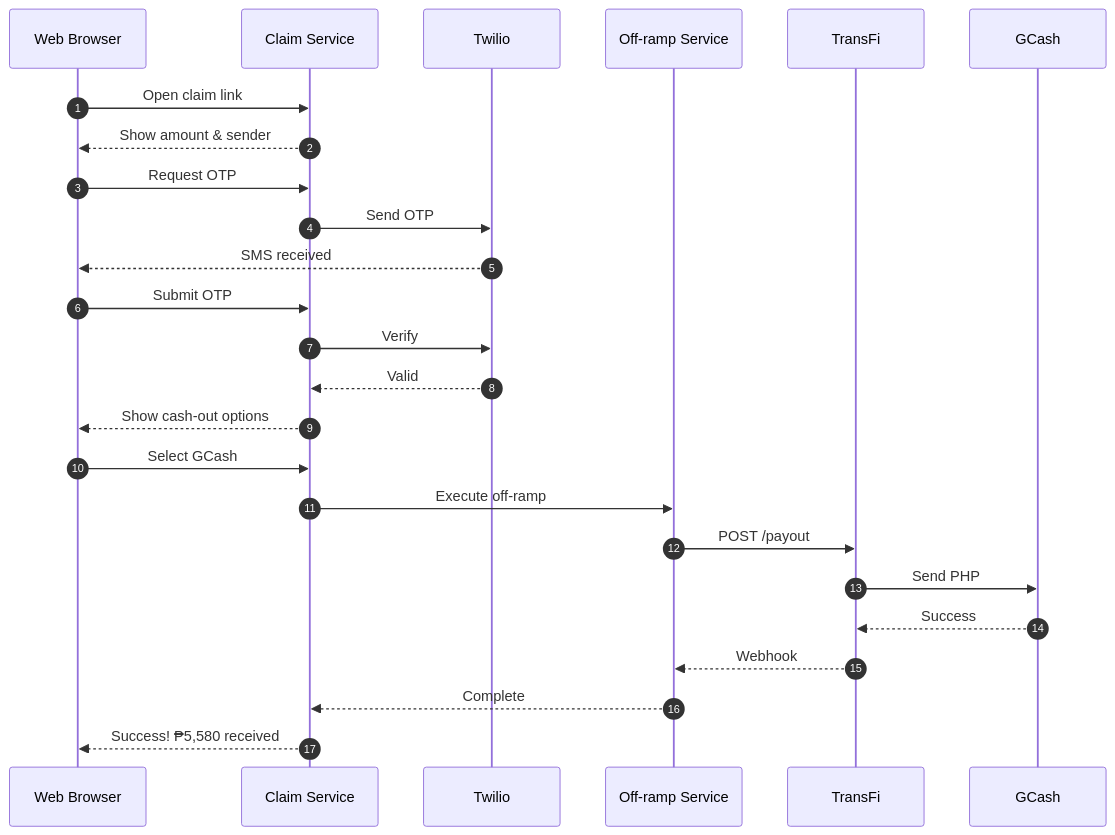
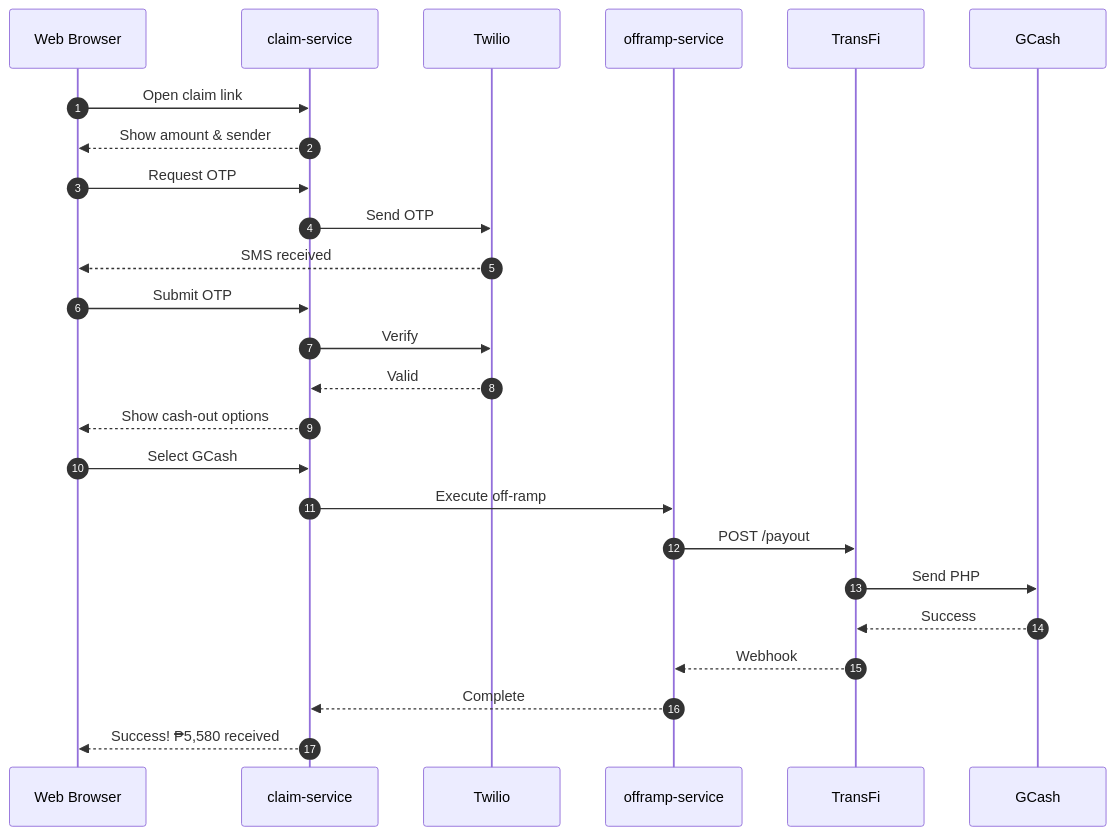
Diagram 16 of 27 in docs/ARCHITECTURE.md (ping-cash/ping-cash), drawn with Mermaid before and after one commit. The commit also changed other lines of this file and 35 other files, not shown here.

````diff
--- a/docs/ARCHITECTURE.md
+++ b/docs/ARCHITECTURE.md
@@ -404,28 +987,28 @@
 ```mermaid
 sequenceDiagram
     autonumber
     participant B as Web Browser
-    participant C as Claim Service
+    participant C as claim-service
     participant T as Twilio
-    participant O as Off-ramp Service
+    participant O as offramp-service
     participant TF as TransFi
     participant G as GCash
 
     B->>C: Open claim link
     C-->>B: Show amount & sender
     B->>C: Request OTP
     C->>T: Send OTP
     T-->>B: SMS received
     B->>C: Submit OTP
     C->>T: Verify
     T-->>C: Valid
     C-->>B: Show cash-out options
     B->>C: Select GCash
     C->>O: Execute off-ramp
     O->>TF: POST /payout
     TF->>G: Send PHP
     G-->>TF: Success
     TF-->>O: Webhook
     O-->>C: Complete
     C-->>B: Success! ₱5,580 received
 ```
````
